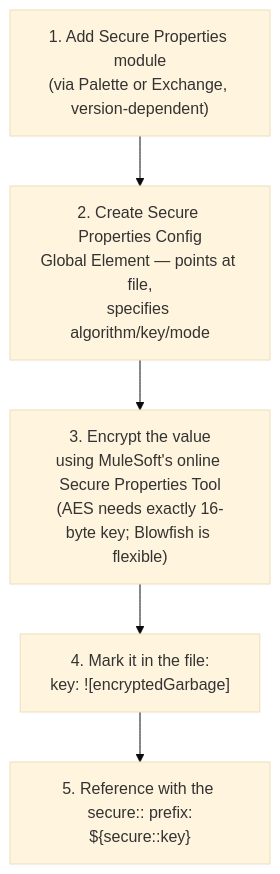
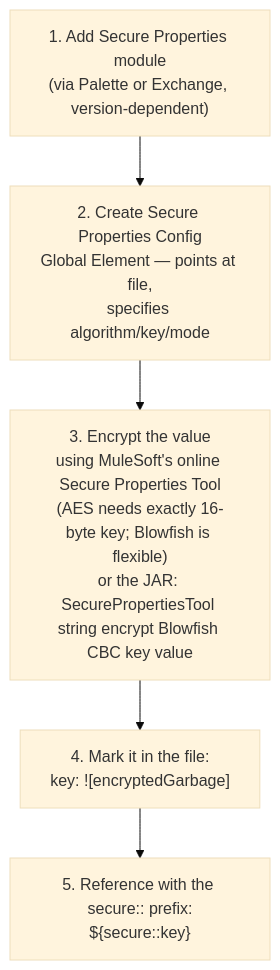
The seventh of 7 diagrams in detailed-notes/day14.md (developerashok99/green-c-mule-notes), drawn with Mermaid (base theme) before and after one commit. The commit also changed other lines of this file and 1 other file, not shown here.

````diff
--- a/detailed-notes/day14.md
+++ b/detailed-notes/day14.md
@@ -91,8 +126,8 @@
 ```mermaid
 flowchart TB
     S1["1. Add Secure Properties module<br/>(via Palette or Exchange, version-dependent)"] --> S2
     S2["2. Create Secure Properties Config<br/>Global Element — points at file,<br/>specifies algorithm/key/mode"] --> S3
-    S3["3. Encrypt the value<br/>using MuleSoft's online Secure Properties Tool<br/>(AES needs exactly 16-byte key; Blowfish is flexible)"] --> S4
+    S3["3. Encrypt the value<br/>using MuleSoft's online Secure Properties Tool<br/>(AES needs exactly 16-byte key; Blowfish is flexible)<br/>or the JAR: SecurePropertiesTool string encrypt Blowfish CBC key value"] --> S4
     S4["4. Mark it in the file:<br/>key: ![encryptedGarbage]"] --> S5
     S5["5. Reference with the secure:: prefix:<br/>${secure::key}"]
 ```
````
